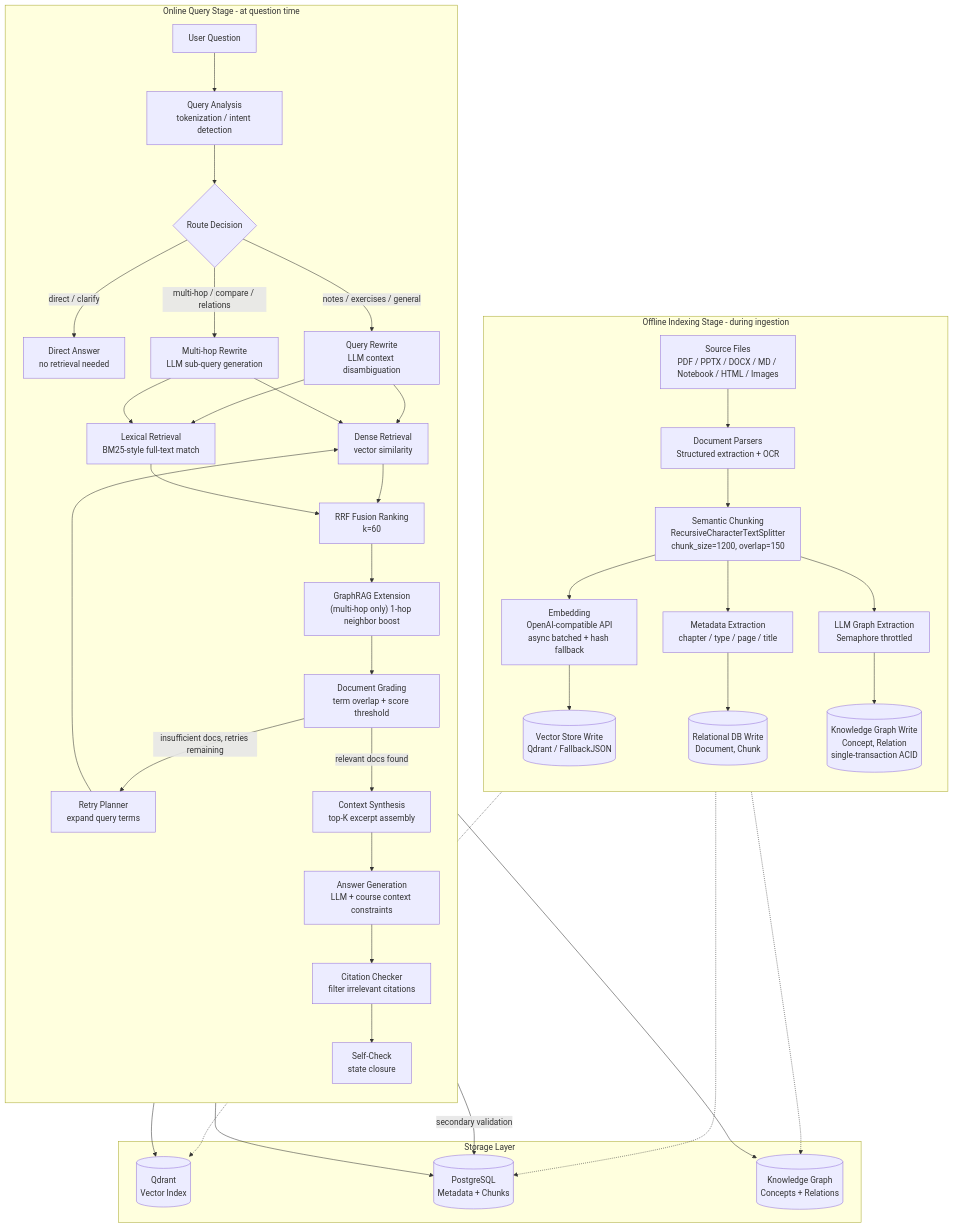
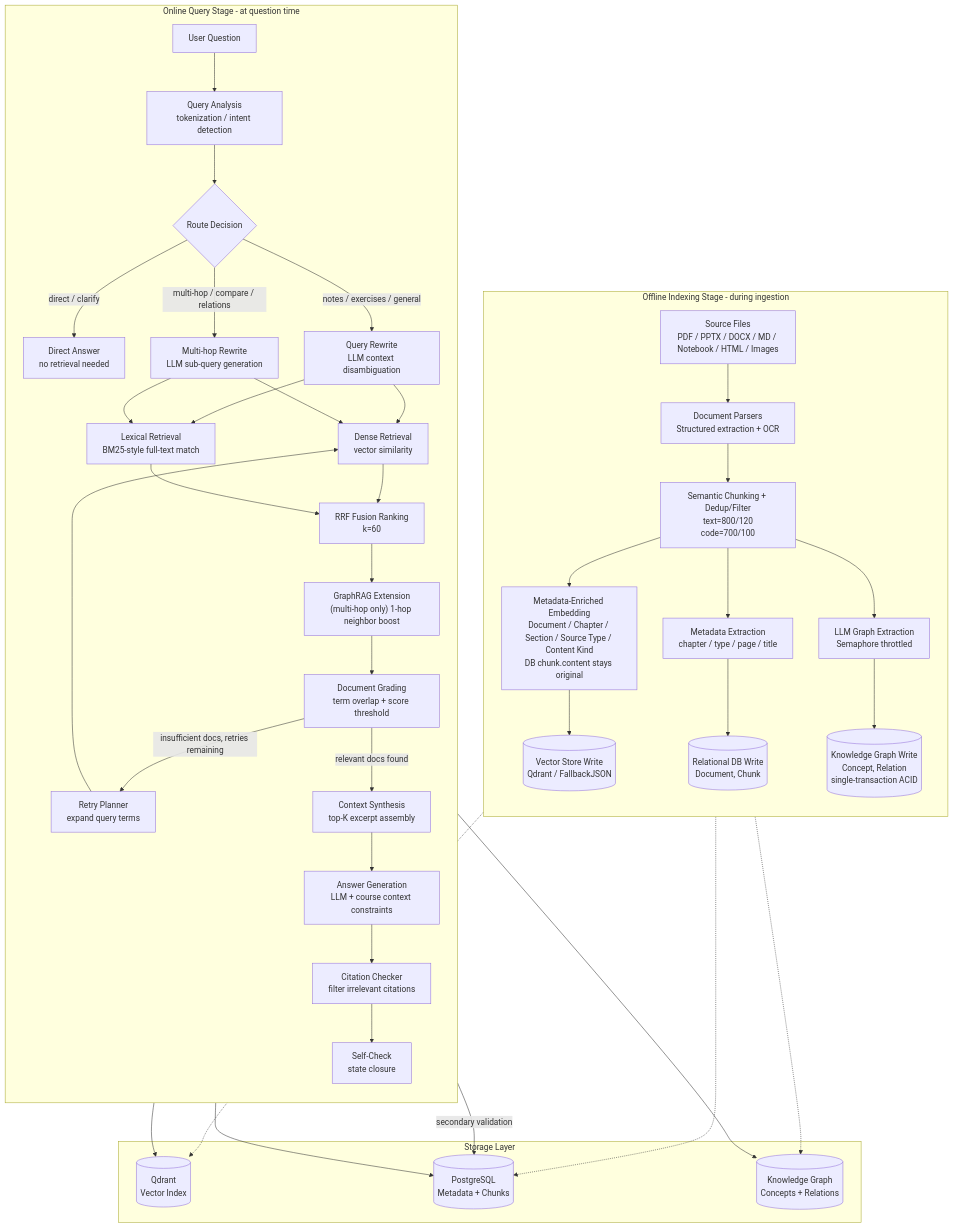
One commit to Sggggt/DialoGraph changed the fourth of 6 diagrams in README.en.md. Above: the diagram before and after it, drawn with Mermaid. The commit also changed other lines of this file and 1 other file, not shown here.

````diff
--- a/README.en.md
+++ b/README.en.md
@@ -383,52 +383,52 @@
 ```mermaid
 flowchart TB
     subgraph OFFLINE["Offline Indexing Stage - during ingestion"]
         direction TB
         SRC["Source Files<br/>PDF / PPTX / DOCX / MD / Notebook / HTML / Images"]
         SRC --> PARSE["Document Parsers<br/>Structured extraction + OCR"]
-        PARSE --> CHUNK["Semantic Chunking<br/>RecursiveCharacterTextSplitter<br/>chunk_size=1200, overlap=150"]
-        CHUNK --> EMB["Embedding<br/>OpenAI-compatible API<br/>async batched + hash fallback"]
+        PARSE --> CHUNK["Semantic Chunking + Dedup/Filter<br/>text=800/120<br/>code=700/100"]
+        CHUNK --> EMB["Metadata-Enriched Embedding<br/>Document / Chapter / Section / Source Type / Content Kind<br/>DB chunk.content stays original"]
         CHUNK --> META["Metadata Extraction<br/>chapter / type / page / title"]
         EMB --> VEC_W[("Vector Store Write<br/>Qdrant / FallbackJSON")]
         META --> DB_W[("Relational DB Write<br/>Document, Chunk")]
         CHUNK --> LLM_G["LLM Graph Extraction<br/>Semaphore throttled"]
         LLM_G --> GRAPH_W[("Knowledge Graph Write<br/>Concept, Relation<br/>single-transaction ACID")]
     end
 
     subgraph ONLINE["Online Query Stage - at question time"]
         direction TB
         Q["User Question"] --> QA["Query Analysis<br/>tokenization / intent detection"]
         QA --> ROUTE{"Route Decision"}
         ROUTE -->|direct / clarify| DIRECT["Direct Answer<br/>no retrieval needed"]
         ROUTE -->|notes / exercises / general| REWRITE["Query Rewrite<br/>LLM context disambiguation"]
         ROUTE -->|multi-hop / compare / relations| MULTI_HOP["Multi-hop Rewrite<br/>LLM sub-query generation"]
         REWRITE --> DENSE["Dense Retrieval<br/>vector similarity"]
         REWRITE --> LEX["Lexical Retrieval<br/>BM25-style full-text match"]
         MULTI_HOP --> DENSE
         MULTI_HOP --> LEX
         DENSE --> RRF["RRF Fusion Ranking<br/>k=60"]
         LEX --> RRF
         RRF --> GRAPH_EXT["GraphRAG Extension<br/>(multi-hop only) 1-hop neighbor boost"]
         GRAPH_EXT --> GRADE["Document Grading<br/>term overlap + score threshold"]
         GRADE -->|insufficient docs, retries remaining| RETRY["Retry Planner<br/>expand query terms"]
         RETRY --> DENSE
         GRADE -->|relevant docs found| CTX["Context Synthesis<br/>top-K excerpt assembly"]
         CTX --> GEN["Answer Generation<br/>LLM + course context constraints"]
         GEN --> CITE["Citation Checker<br/>filter irrelevant citations"]
         CITE --> SELF["Self-Check<br/>state closure"]
     end
 
     subgraph STORAGE["Storage Layer"]
         VEC[("Qdrant<br/>Vector Index")]
         DB[("PostgreSQL<br/>Metadata + Chunks")]
         KG[("Knowledge Graph<br/>Concepts + Relations")]
     end
 
     VEC_W -.-> VEC
     DB_W -.-> DB
     GRAPH_W -.-> KG
     DENSE --> VEC
     LEX --> DB
     GRAPH_EXT --> KG
     GRADE -->|secondary validation| DB
 ```
````
